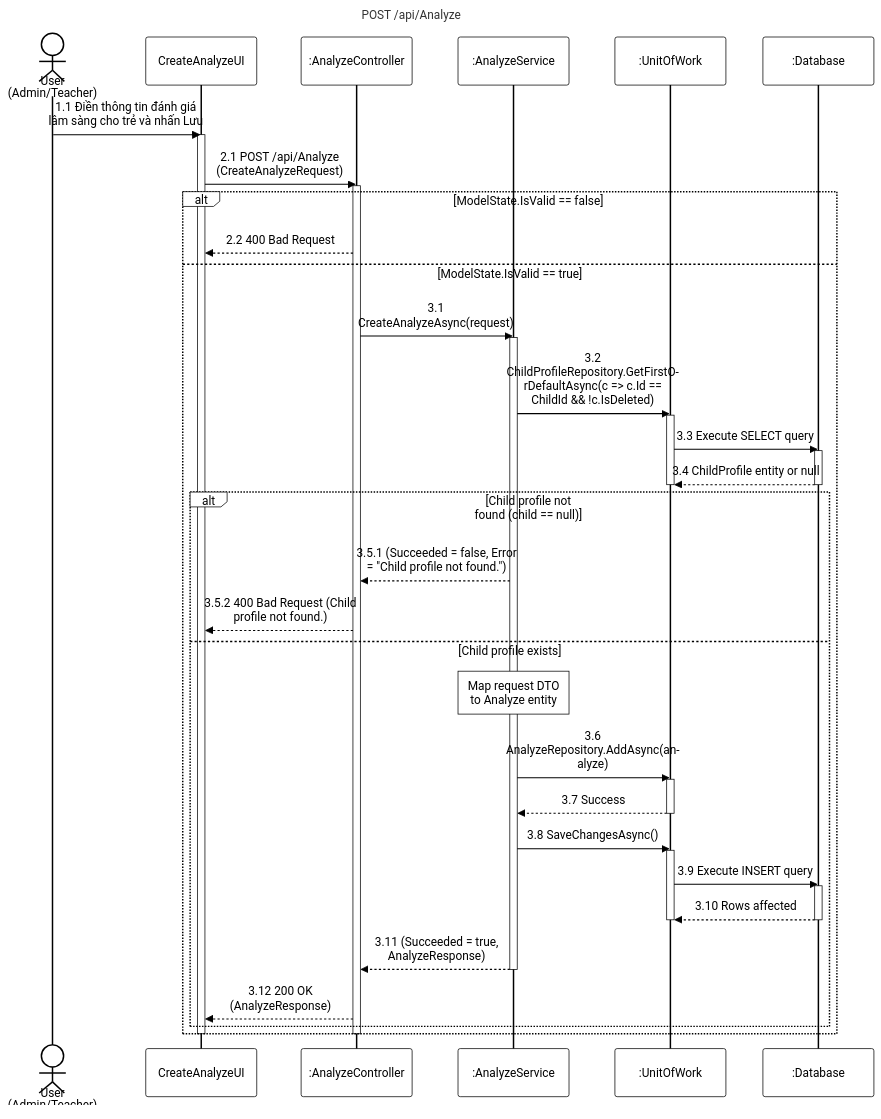
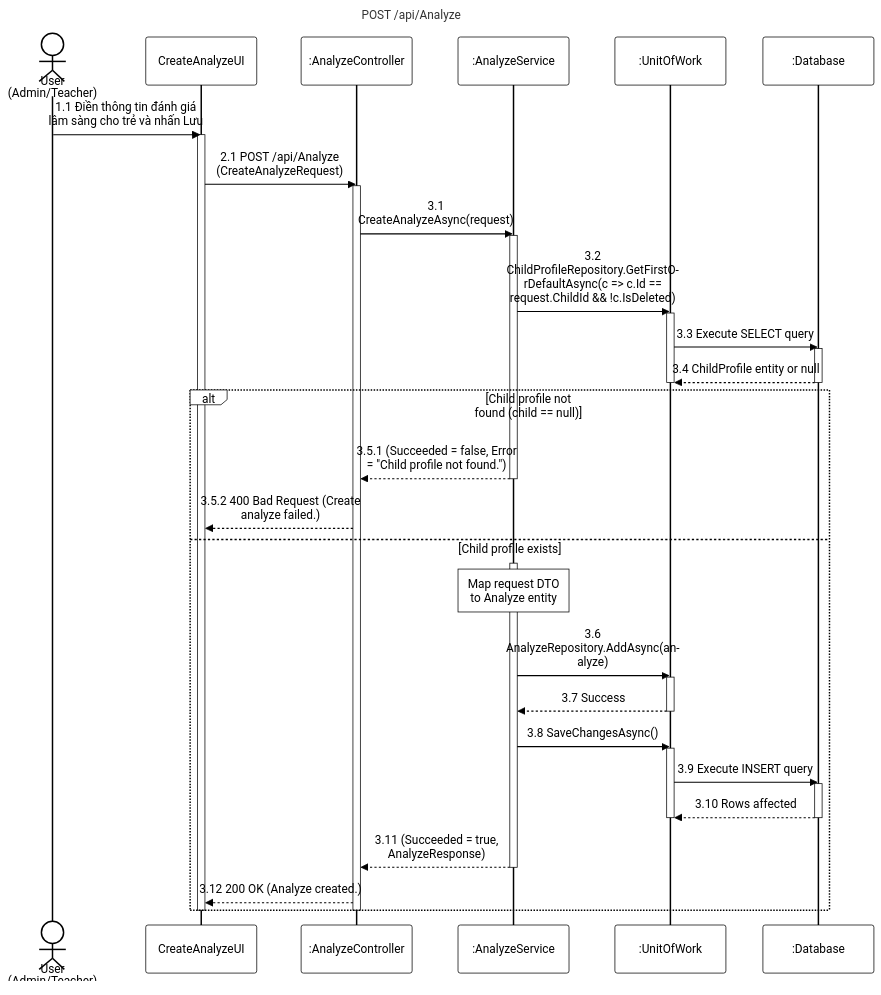
Before and after one commit to PhucAnDev/docx-diagram: the diagram in 07-results-performance-analysis/sequence-diagram/apis/create-ai-analysis.mmd, drawn with Mermaid. The commit also changed 3 other files, not shown here.

Commit message:
fix: update get-child-ai-analysis.mmd and create-ai-analysis.mmd with correct route casing, orderBy sorting, response messages, and activations

```diff
--- a/07-results-performance-analysis/sequence-diagram/apis/create-ai-analysis.mmd
+++ b/07-results-performance-analysis/sequence-diagram/apis/create-ai-analysis.mmd
@@ -1,55 +1,53 @@
 %%{init: {'theme':'base', 'themeVariables': {'actorBkg':'#ffffff','actorBorder':'#000000','actorTextColor':'#000000','actorLineColor':'#000000','signalColor':'#000000','signalTextColor':'#000000','labelBoxBkgColor':'#ffffff','labelBoxBorderColor':'#000000','labelTextColor':'#000000','loopTextColor':'#000000','noteBkgColor':'#ffffff','noteBorderColor':'#000000','noteTextColor':'#000000','activationBorderColor':'#000000','activationBkgColor':'#ffffff','sequenceNumberColor':'#000000'}, 'sequence': {'width':150,'height':65,'actorFontSize':16,'messageFontSize':16,'wrap':true,'wrapPadding':10}}}%%
 sequenceDiagram
     title POST /api/Analyze
     actor User as User (Admin/Teacher)
     participant UI as CreateAnalyzeUI
     participant Endpoint as :AnalyzeController
     participant Service as :AnalyzeService
     participant DB as :UnitOfWork
     participant Database as :Database
 
     User->>UI: 1.1 Điền thông tin đánh giá lâm sàng cho trẻ và nhấn Lưu
     activate UI
     UI->>Endpoint: 2.1 POST /api/Analyze (CreateAnalyzeRequest)
     activate Endpoint
 
-    alt ModelState.IsValid == false
-        Endpoint-->>UI: 2.2 400 Bad Request
-    else ModelState.IsValid == true
-        Endpoint->>Service: 3.1 CreateAnalyzeAsync(request)
+    Endpoint->>Service: 3.1 CreateAnalyzeAsync(request)
+    activate Service
+
+    Service->>DB: 3.2 ChildProfileRepository.GetFirstOrDefaultAsync(c => c.Id == request.ChildId && !c.IsDeleted)
+    activate DB
+    DB->>Database: 3.3 Execute SELECT query
+    activate Database
+    Database-->>DB: 3.4 ChildProfile entity or null
+    deactivate Database
+    deactivate DB
+
+    alt Child profile not found (child == null)
+        Service-->>Endpoint: 3.5.1 (Succeeded = false, Error = "Child profile not found.")
+        deactivate Service
+        Endpoint-->>UI: 3.5.2 400 Bad Request (Create analyze failed.)
+    else Child profile exists
         activate Service
+        note over Service: Map request DTO to Analyze entity
+        
+        Service->>DB: 3.6 AnalyzeRepository.AddAsync(analyze)
+        activate DB
+        DB-->>Service: 3.7 Success
+        deactivate DB
 
-        Service->>DB: 3.2 ChildProfileRepository.GetFirstOrDefaultAsync(c => c.Id == ChildId && !c.IsDeleted)
+        Service->>DB: 3.8 SaveChangesAsync()
         activate DB
-        DB->>Database: 3.3 Execute SELECT query
+        DB->>Database: 3.9 Execute INSERT query
         activate Database
-        Database-->>DB: 3.4 ChildProfile entity or null
+        Database-->>DB: 3.10 Rows affected
         deactivate Database
         deactivate DB
 
-        alt Child profile not found (child == null)
-            Service-->>Endpoint: 3.5.1 (Succeeded = false, Error = "Child profile not found.")
-            Endpoint-->>UI: 3.5.2 400 Bad Request (Child profile not found.)
-        else Child profile exists
-            note over Service: Map request DTO to Analyze entity
-            
-            Service->>DB: 3.6 AnalyzeRepository.AddAsync(analyze)
-            activate DB
-            DB-->>Service: 3.7 Success
-            deactivate DB
-
-            Service->>DB: 3.8 SaveChangesAsync()
-            activate DB
-            DB->>Database: 3.9 Execute INSERT query
-            activate Database
-            Database-->>DB: 3.10 Rows affected
-            deactivate Database
-            deactivate DB
-
-            Service-->>Endpoint: 3.11 (Succeeded = true, AnalyzeResponse)
-            deactivate Service
-            Endpoint-->>UI: 3.12 200 OK (AnalyzeResponse)
-        end
+        Service-->>Endpoint: 3.11 (Succeeded = true, AnalyzeResponse)
+        deactivate Service
+        Endpoint-->>UI: 3.12 200 OK (Analyze created.)
     end
     deactivate Endpoint
     deactivate UI
```
